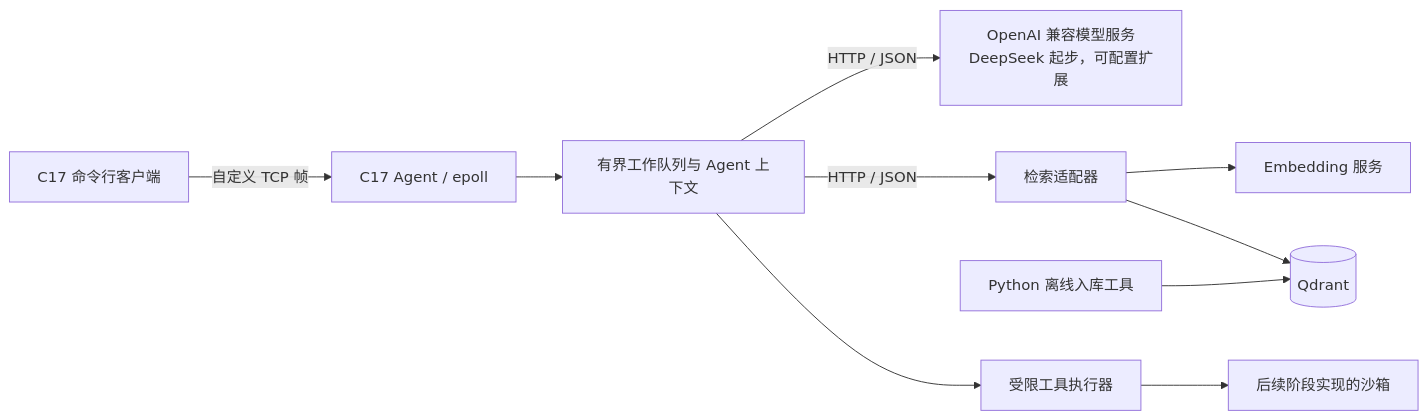
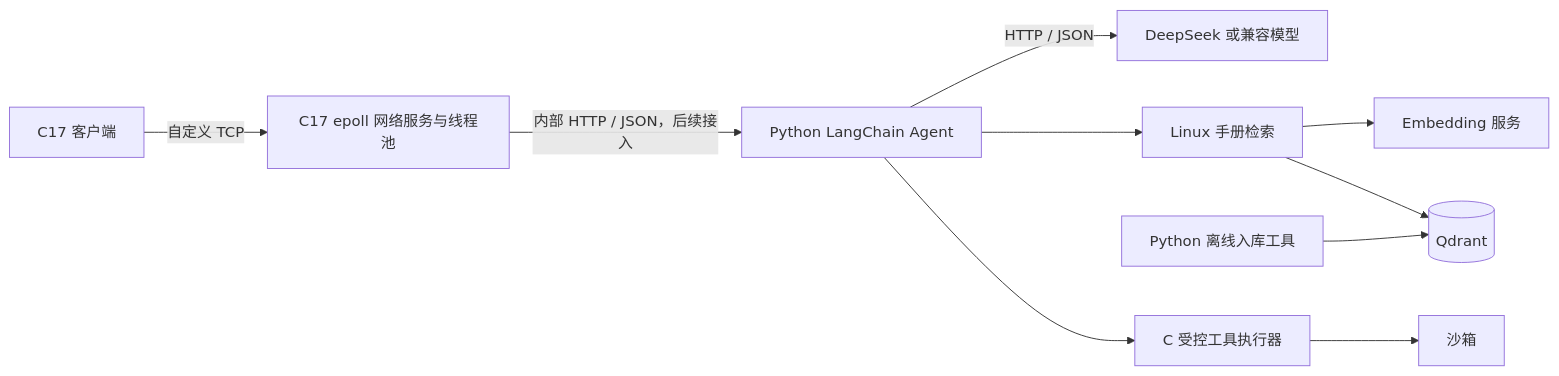
One commit to yiyi-tian/RAGent changed the diagram in README.md. Above: the diagram before and after it, drawn with Mermaid. The commit also changed other lines of this file and 13 other files, not shown here.

````diff
--- a/README.md
+++ b/README.md
@@ -13,12 +13,12 @@
 ```mermaid
 flowchart LR
-    C[C17 命令行客户端] -->|自定义 TCP 帧| A[C17 Agent / epoll]
-    A --> W[有界工作队列与 Agent 上下文]
-    W -->|HTTP / JSON| L[OpenAI 兼容模型服务<br/>DeepSeek 起步，可配置扩展]
-    W -->|HTTP / JSON| R[检索适配器]
+    C[C17 客户端] -->|自定义 TCP| N[C17 epoll 网络服务与线程池]
+    N -->|内部 HTTP / JSON，后续接入| A[Python LangChain Agent]
+    A -->|HTTP / JSON| L[DeepSeek 或兼容模型]
+    A --> R[Linux 手册检索]
     R --> E[Embedding 服务]
     R --> Q[(Qdrant)]
-    W --> T[受限工具执行器]
-    T --> S[后续阶段实现的沙箱]
+    A --> T[C 受控工具执行器]
+    T --> S[沙箱]
     P[Python 离线入库工具] --> Q
 ```
````
